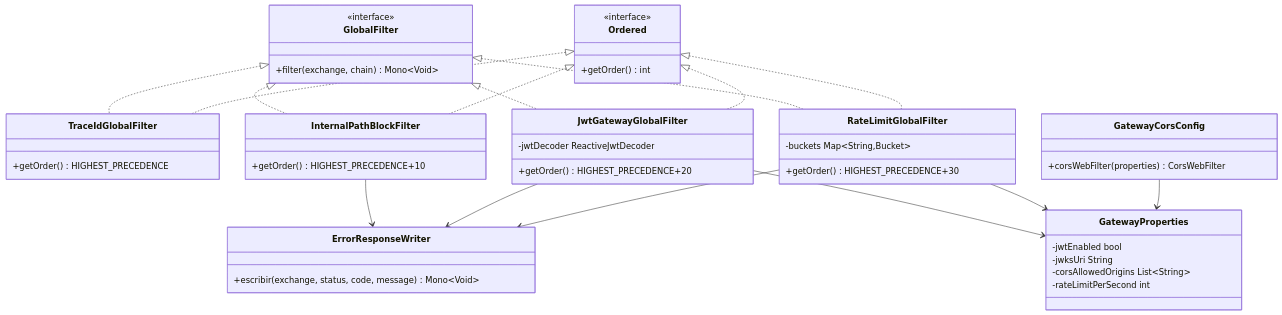
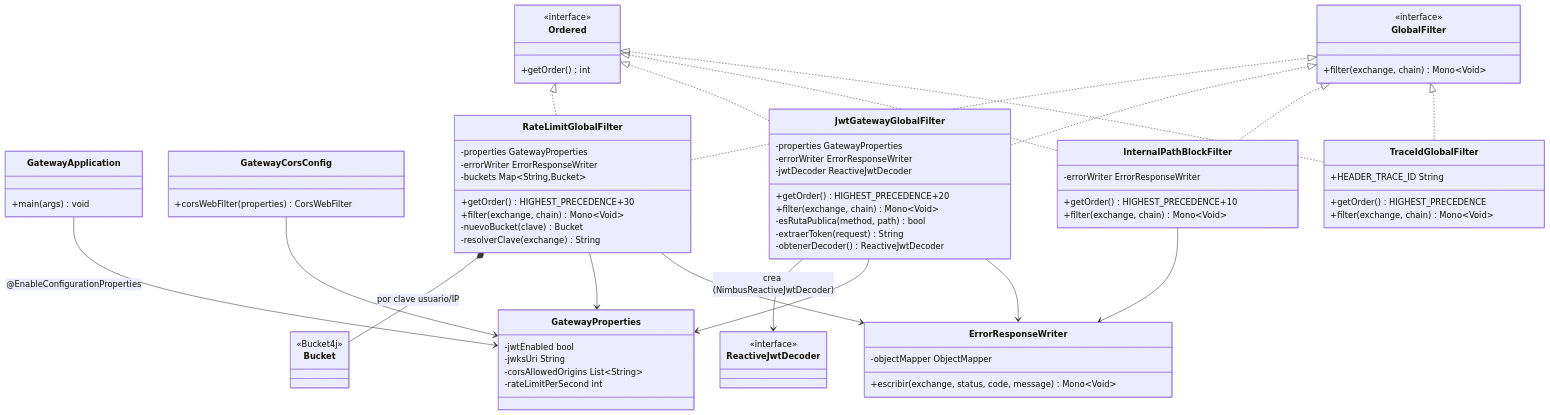
One commit to Artagram/artagram-gateway changed the diagram in README.md. Above: the diagram before and after it, drawn with Mermaid. The commit also changed other lines of this file, not shown here.

Commit message:
docs: agregar descripción, diagrama de clases y escenarios de calidad al README

````diff
--- a/README.md
+++ b/README.md
@@ -18,53 +39,81 @@
 ```mermaid
 classDiagram
     class GlobalFilter {
         <<interface>>
         +filter(exchange, chain) Mono~Void~
     }
     class Ordered {
         <<interface>>
         +getOrder() int
     }
-    class TraceIdGlobalFilter {
-        +getOrder() HIGHEST_PRECEDENCE
-    }
-    class InternalPathBlockFilter {
-        +getOrder() HIGHEST_PRECEDENCE+10
-    }
-    class JwtGatewayGlobalFilter {
-        -jwtDecoder ReactiveJwtDecoder
-        +getOrder() HIGHEST_PRECEDENCE+20
-    }
-    class RateLimitGlobalFilter {
-        -buckets Map~String,Bucket~
-        +getOrder() HIGHEST_PRECEDENCE+30
-    }
-    class ErrorResponseWriter {
-        +escribir(exchange, status, code, message) Mono~Void~
+    class GatewayApplication {
+        +main(args) void
     }
     class GatewayProperties {
         -jwtEnabled bool
         -jwksUri String
         -corsAllowedOrigins List~String~
         -rateLimitPerSecond int
     }
     class GatewayCorsConfig {
         +corsWebFilter(properties) CorsWebFilter
+    }
+    class ErrorResponseWriter {
+        -objectMapper ObjectMapper
+        +escribir(exchange, status, code, message) Mono~Void~
+    }
+    class TraceIdGlobalFilter {
+        +HEADER_TRACE_ID String
+        +getOrder() HIGHEST_PRECEDENCE
+        +filter(exchange, chain) Mono~Void~
+    }
+    class InternalPathBlockFilter {
+        -errorWriter ErrorResponseWriter
+        +getOrder() HIGHEST_PRECEDENCE+10
+        +filter(exchange, chain) Mono~Void~
+    }
+    class JwtGatewayGlobalFilter {
+        -properties GatewayProperties
+        -errorWriter ErrorResponseWriter
+        -jwtDecoder ReactiveJwtDecoder
+        +getOrder() HIGHEST_PRECEDENCE+20
+        +filter(exchange, chain) Mono~Void~
+        -esRutaPublica(method, path) bool
+        -extraerToken(request) String
+        -obtenerDecoder() ReactiveJwtDecoder
+    }
+    class RateLimitGlobalFilter {
+        -properties GatewayProperties
+        -errorWriter ErrorResponseWriter
+        -buckets Map~String,Bucket~
+        +getOrder() HIGHEST_PRECEDENCE+30
+        +filter(exchange, chain) Mono~Void~
+        -nuevoBucket(clave) Bucket
+        -resolverClave(exchange) String
+    }
+    class ReactiveJwtDecoder {
+        <<interface>>
+    }
+    class Bucket {
+        <<Bucket4j>>
     }
 
     GlobalFilter <|.. TraceIdGlobalFilter
     GlobalFilter <|.. InternalPathBlockFilter
     GlobalFilter <|.. JwtGatewayGlobalFilter
     GlobalFilter <|.. RateLimitGlobalFilter
     Ordered <|.. TraceIdGlobalFilter
     Ordered <|.. InternalPathBlockFilter
     Ordered <|.. JwtGatewayGlobalFilter
     Ordered <|.. RateLimitGlobalFilter
 
+    GatewayApplication --> GatewayProperties : @EnableConfigurationProperties
     InternalPathBlockFilter --> ErrorResponseWriter
     JwtGatewayGlobalFilter --> ErrorResponseWriter
     RateLimitGlobalFilter --> ErrorResponseWriter
     JwtGatewayGlobalFilter --> GatewayProperties
     RateLimitGlobalFilter --> GatewayProperties
     GatewayCorsConfig --> GatewayProperties
+    JwtGatewayGlobalFilter --> ReactiveJwtDecoder : crea (NimbusReactiveJwtDecoder)
+    RateLimitGlobalFilter *-- Bucket : por clave usuario/IP
 ```
````
